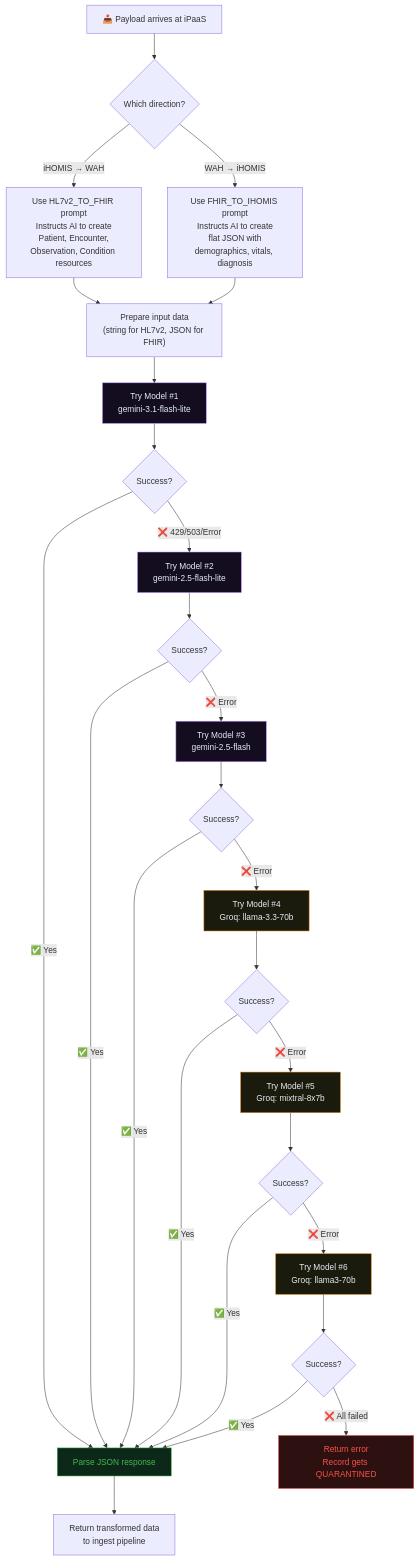
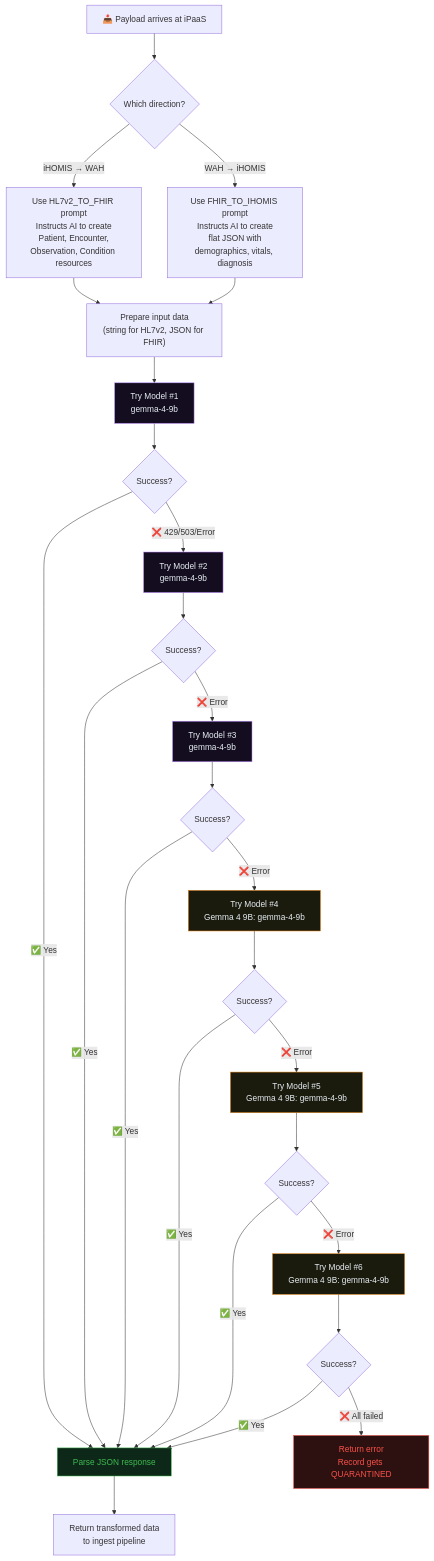
Before and after one commit to Vince0028/WAH4PCE-MERGE-CONFLICT: the ninth of 20 diagrams in SYSTEM_FLOWCHARTS.md, drawn with Mermaid. The commit also changed other lines of this file and 1 other file, not shown here.

Commit message:
refactor: update documentation to replace Gemini AI references with Gemma 4 9B

````diff
--- a/SYSTEM_FLOWCHARTS.md
+++ b/SYSTEM_FLOWCHARTS.md
@@ -343,40 +343,40 @@
 ```mermaid
 flowchart TD
     A["📥 Payload arrives at iPaaS"] --> B{Which direction?}
 
     B -- "iHOMIS → WAH" --> C["Use HL7v2_TO_FHIR prompt<br/>Instructs AI to create<br/>Patient, Encounter,<br/>Observation, Condition resources"]
     B -- "WAH → iHOMIS" --> D["Use FHIR_TO_IHOMIS prompt<br/>Instructs AI to create<br/>flat JSON with<br/>demographics, vitals, diagnosis"]
 
     C & D --> E["Prepare input data<br/>(string for HL7v2, JSON for FHIR)"]
 
-    E --> F["Try Model #1<br/>gemini-3.1-flash-lite"]
+    E --> F["Try Model #1<br/>gemma-4-9b"]
     F --> G{Success?}
     G -- "✅ Yes" --> H["Parse JSON response"]
-    G -- "❌ 429/503/Error" --> I["Try Model #2<br/>gemini-2.5-flash-lite"]
+    G -- "❌ 429/503/Error" --> I["Try Model #2<br/>gemma-4-9b"]
     I --> J{Success?}
     J -- "✅ Yes" --> H
-    J -- "❌ Error" --> K["Try Model #3<br/>gemini-2.5-flash"]
+    J -- "❌ Error" --> K["Try Model #3<br/>gemma-4-9b"]
     K --> L{Success?}
     L -- "✅ Yes" --> H
-    L -- "❌ Error" --> M["Try Model #4<br/>Groq: llama-3.3-70b"]
+    L -- "❌ Error" --> M["Try Model #4<br/>Gemma 4 9B: gemma-4-9b"]
     M --> N{Success?}
     N -- "✅ Yes" --> H
-    N -- "❌ Error" --> O["Try Model #5<br/>Groq: mixtral-8x7b"]
+    N -- "❌ Error" --> O["Try Model #5<br/>Gemma 4 9B: gemma-4-9b"]
     O --> P{Success?}
     P -- "✅ Yes" --> H
-    P -- "❌ Error" --> Q["Try Model #6<br/>Groq: llama3-70b"]
+    P -- "❌ Error" --> Q["Try Model #6<br/>Gemma 4 9B: gemma-4-9b"]
     Q --> R{Success?}
     R -- "✅ Yes" --> H
     R -- "❌ All failed" --> S["Return error<br/>Record gets QUARANTINED"]
 
     H --> T["Return transformed data<br/>to ingest pipeline"]
 
     style S fill:#2d1010,stroke:#f85149,color:#f85149
     style H fill:#0d2818,stroke:#3fb950,color:#3fb950
     style F fill:#130d1f,stroke:#bc8cff,color:#e6edf3
     style I fill:#130d1f,stroke:#bc8cff,color:#e6edf3
     style K fill:#130d1f,stroke:#bc8cff,color:#e6edf3
     style M fill:#1a1a0d,stroke:#d97706,color:#e6edf3
     style O fill:#1a1a0d,stroke:#d97706,color:#e6edf3
     style Q fill:#1a1a0d,stroke:#d97706,color:#e6edf3
 ```
````
